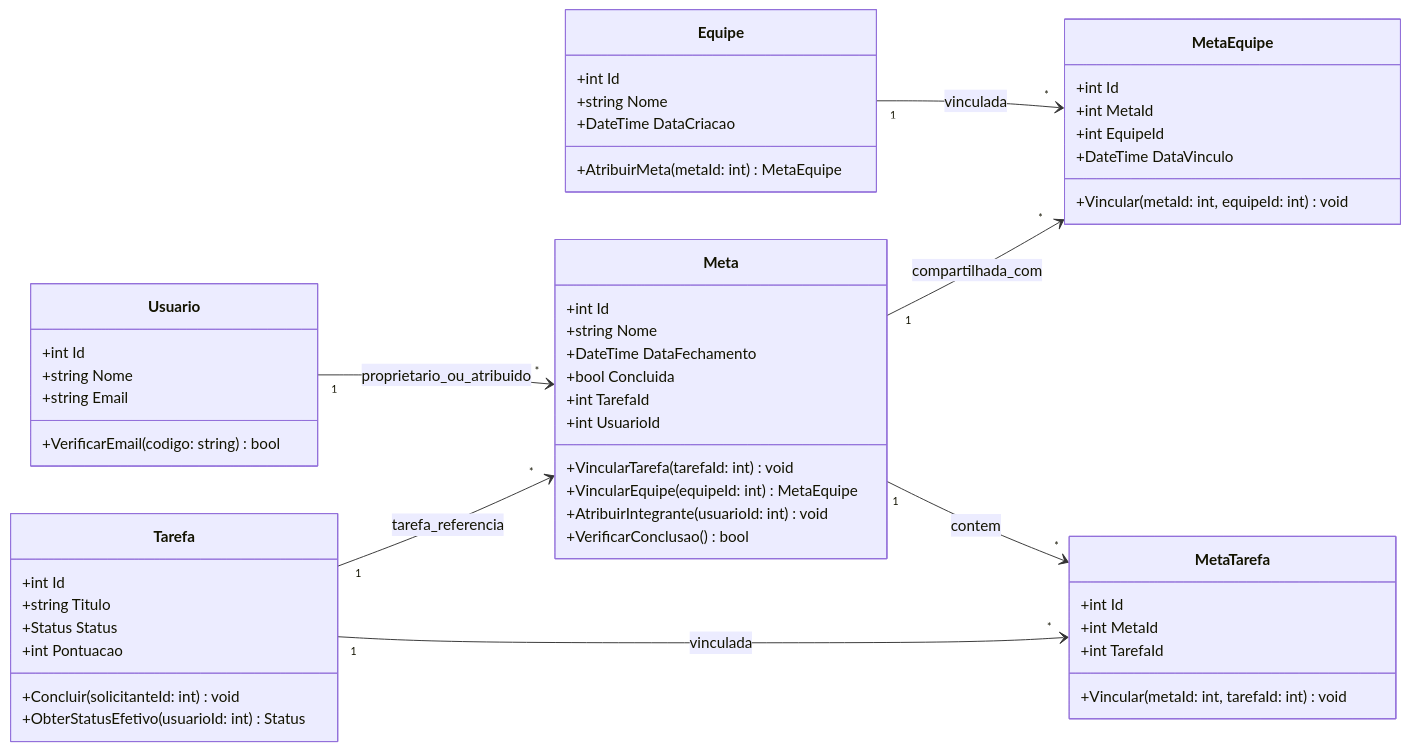
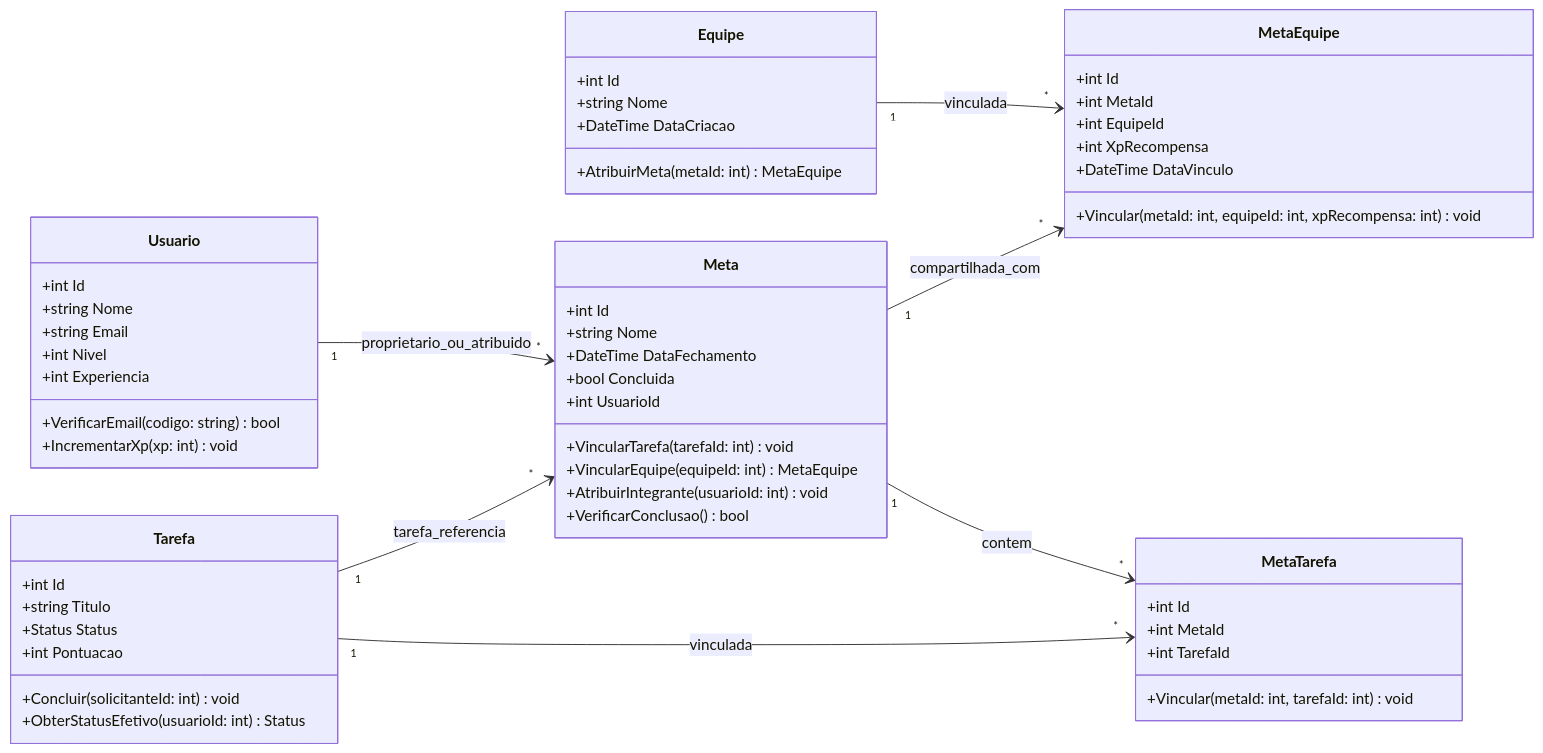
One commit to aikovlr/Cortex-backend changed the fourth of 36 diagrams in DIAGRAMAS.md. Above: the diagram before and after it, drawn with Mermaid. The commit also changed other lines of this file and 30 other files, not shown here.

Commit message:
feat(metas, usuarios): adicionar nivel e xp a usuarios, recompensa de xp em meta de equipe e normalizar relacionamento de tarefas

````diff
--- a/DIAGRAMAS.md
+++ b/DIAGRAMAS.md
@@ -462,62 +468,65 @@
 ```mermaid
 classDiagram
     direction LR
 
     class Usuario {
         +int Id
         +string Nome
         +string Email
+        +int Nivel
+        +int Experiencia
         +VerificarEmail(codigo: string) bool
+        +IncrementarXp(xp: int) void
     }
 
     class Tarefa {
         +int Id
         +string Titulo
         +Status Status
         +int Pontuacao
         +Concluir(solicitanteId: int) void
         +ObterStatusEfetivo(usuarioId: int) Status
     }
 
     class Equipe {
         +int Id
         +string Nome
         +DateTime DataCriacao
         +AtribuirMeta(metaId: int) MetaEquipe
     }
 
     class Meta {
         +int Id
         +string Nome
         +DateTime DataFechamento
         +bool Concluida
-        +int TarefaId
         +int UsuarioId
         +VincularTarefa(tarefaId: int) void
         +VincularEquipe(equipeId: int) MetaEquipe
         +AtribuirIntegrante(usuarioId: int) void
         +VerificarConclusao() bool
     }
 
     class MetaTarefa {
         +int Id
         +int MetaId
         +int TarefaId
         +Vincular(metaId: int, tarefaId: int) void
     }
 
     class MetaEquipe {
         +int Id
         +int MetaId
         +int EquipeId
+        +int XpRecompensa
         +DateTime DataVinculo
-        +Vincular(metaId: int, equipeId: int) void
+        +Vincular(metaId: int, equipeId: int, xpRecompensa: int) void
     }
 
     Usuario "1" --> "*" Meta : proprietario_ou_atribuido
     Tarefa "1" --> "*" Meta : tarefa_referencia
     Meta "1" --> "*" MetaTarefa : contem
     Tarefa "1" --> "*" MetaTarefa : vinculada
     Equipe "1" --> "*" MetaEquipe : vinculada
     Meta "1" --> "*" MetaEquipe : compartilhada_com
 ```
````
